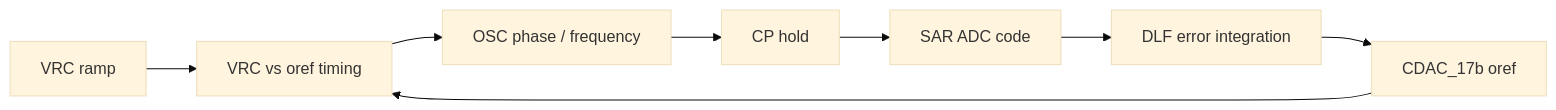
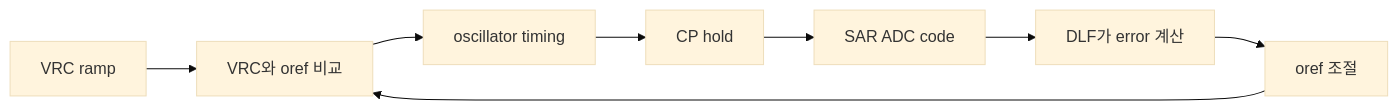
Before and after one commit to qkfka781-wq/RCoscillator: the diagram in README.md, drawn with Mermaid (base theme). The commit also changed other lines of this file and 2 other files, not shown here.

````diff
--- a/README.md
+++ b/README.md
@@ -15,10 +29,10 @@
 ```mermaid
 flowchart LR
-    V["VRC ramp"] --> C["VRC vs oref timing"]
-    C --> O["OSC phase / frequency"]
+    V["VRC ramp"] --> C["VRC와 oref 비교"]
+    C --> O["oscillator timing"]
     O --> H["CP hold"]
     H --> S["SAR ADC code"]
-    S --> D["DLF error integration"]
-    D --> R["CDAC_17b oref"]
+    S --> D["DLF가 error 계산"]
+    D --> R["oref 조절"]
     R --> C
 ```
````
